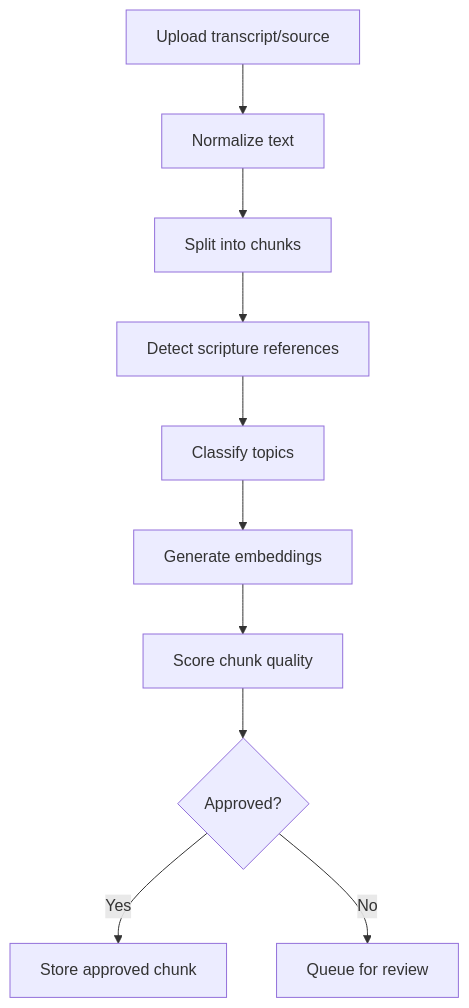
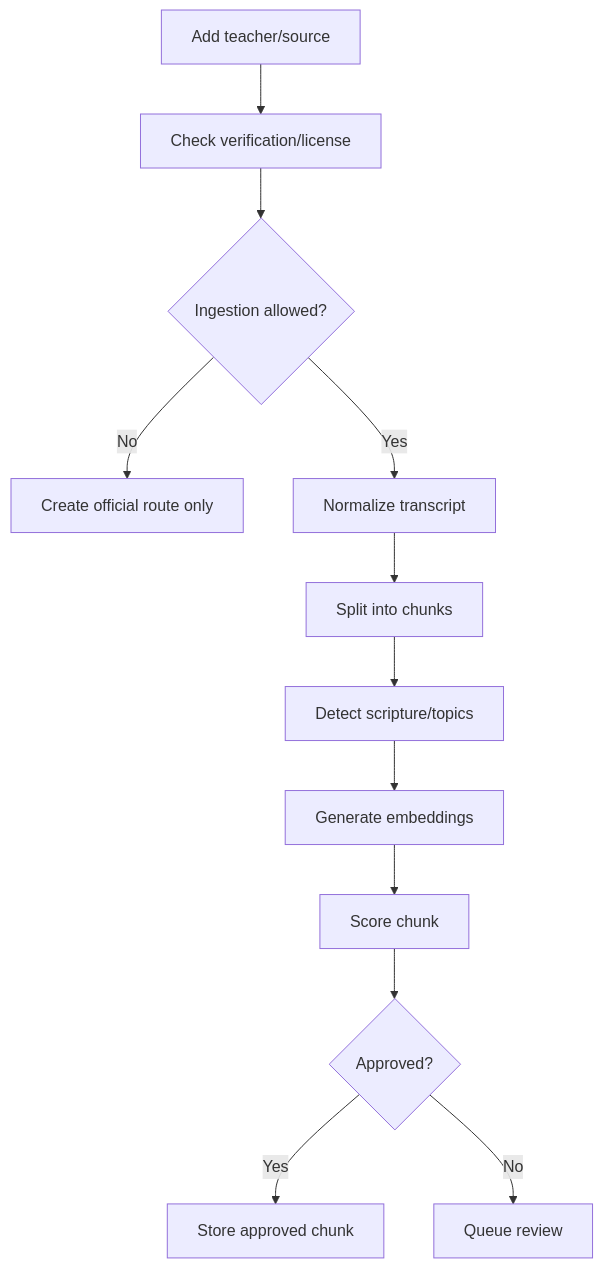
Before and after one commit to chimzyfire-ship-it/Sayved: the diagram in docs/05-creator-scoring-engine.md, drawn with Mermaid. The commit also changed other lines of this file and 7 other files, not shown here.

````diff
--- a/docs/05-creator-scoring-engine.md
+++ b/docs/05-creator-scoring-engine.md
@@ -103,12 +172,14 @@
 ```mermaid
 flowchart TD
-    A["Upload transcript/source"] --> B["Normalize text"]
-    B --> C["Split into chunks"]
-    C --> D["Detect scripture references"]
-    D --> E["Classify topics"]
-    E --> F["Generate embeddings"]
-    F --> G["Score chunk quality"]
-    G --> H{"Approved?"}
-    H -->|Yes| I["Store approved chunk"]
-    H -->|No| J["Queue for review"]
+    A["Add teacher/source"] --> B["Check verification/license"]
+    B --> C{"Ingestion allowed?"}
+    C -->|No| D["Create official route only"]
+    C -->|Yes| E["Normalize transcript"]
+    E --> F["Split into chunks"]
+    F --> G["Detect scripture/topics"]
+    G --> H["Generate embeddings"]
+    H --> I["Score chunk"]
+    I --> J{"Approved?"}
+    J -->|Yes| K["Store approved chunk"]
+    J -->|No| L["Queue review"]
 ```
````
